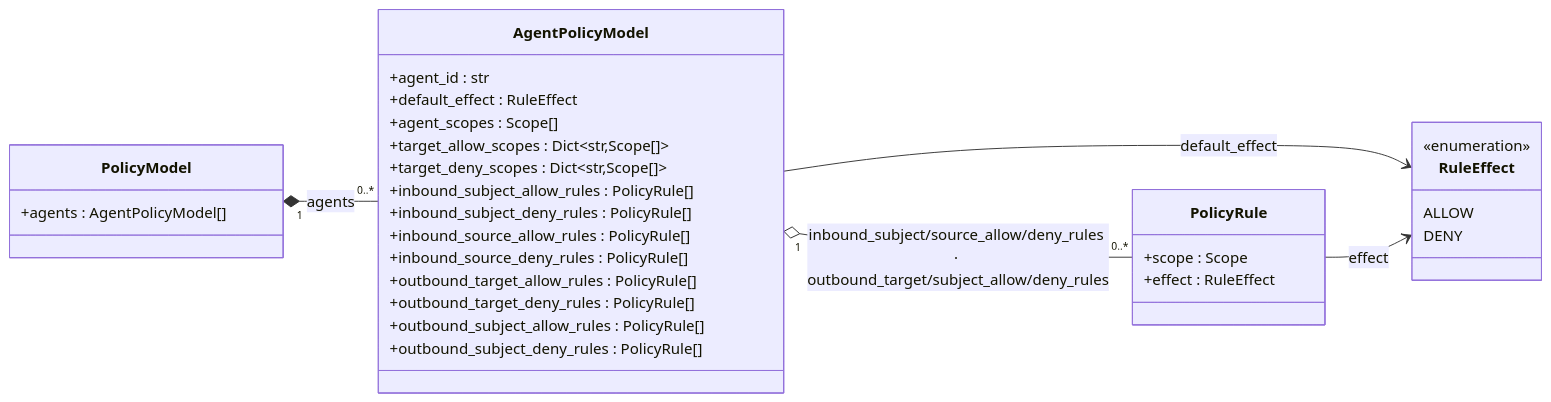
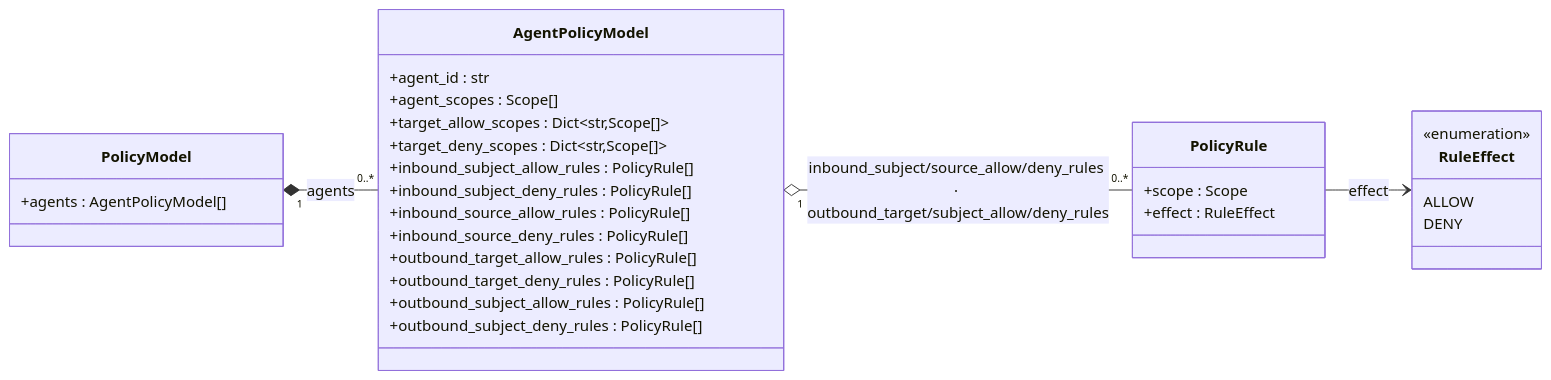
Before and after one commit to rossoctl/aiac: the second of 2 diagrams in docs/specs/components/policy-model.md, drawn with Mermaid. The commit also changed other lines of this file and 9 other files, not shown here.

````diff
--- a/docs/specs/components/policy-model.md
+++ b/docs/specs/components/policy-model.md
@@ -132,37 +132,35 @@
 ```mermaid
 classDiagram
     direction LR
 
     class PolicyModel {
         +agents : AgentPolicyModel[]
     }
     class AgentPolicyModel {
         +agent_id : str
-        +default_effect : RuleEffect
         +agent_scopes : Scope[]
         +target_allow_scopes : Dict~str,Scope[]~
         +target_deny_scopes : Dict~str,Scope[]~
         +inbound_subject_allow_rules : PolicyRule[]
         +inbound_subject_deny_rules : PolicyRule[]
         +inbound_source_allow_rules : PolicyRule[]
         +inbound_source_deny_rules : PolicyRule[]
         +outbound_target_allow_rules : PolicyRule[]
         +outbound_target_deny_rules : PolicyRule[]
         +outbound_subject_allow_rules : PolicyRule[]
         +outbound_subject_deny_rules : PolicyRule[]
     }
     class PolicyRule {
         +scope : Scope
         +effect : RuleEffect
     }
     class RuleEffect {
         <<enumeration>>
         ALLOW
         DENY
     }
 
     PolicyModel "1" *-- "0..*" AgentPolicyModel : agents
     AgentPolicyModel "1" o-- "0..*" PolicyRule : inbound_subject/source_allow/deny_rules · outbound_target/subject_allow/deny_rules
-    AgentPolicyModel --> RuleEffect : default_effect
     PolicyRule --> RuleEffect : effect
 ```
````
